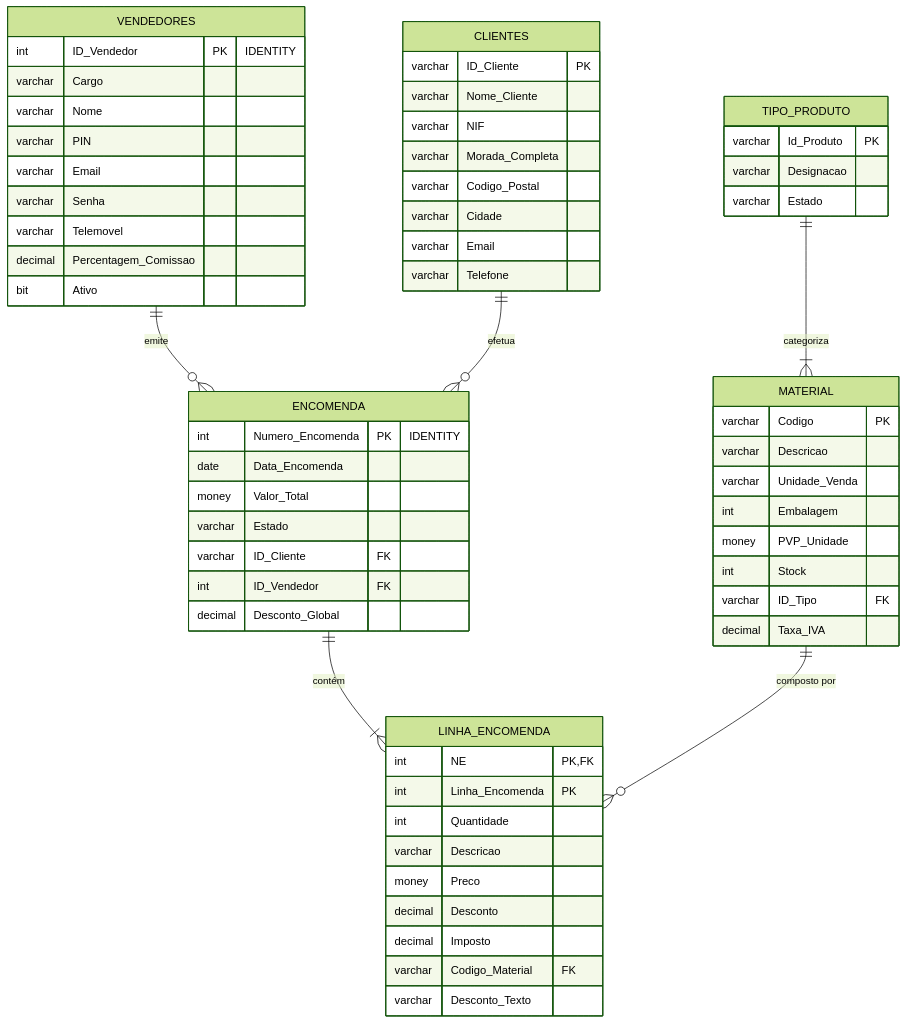
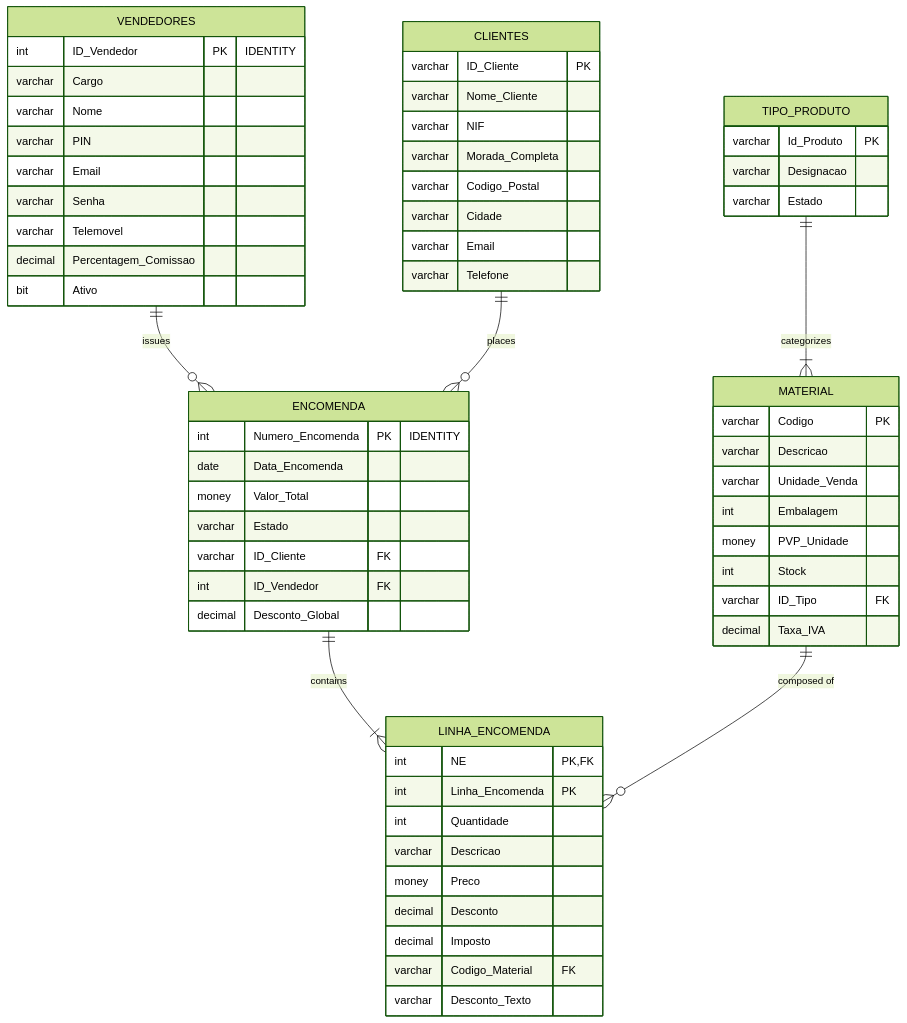
Before and after one commit to Afonsojlc/commercial-sales-manager: the second of 2 diagrams in README.md, drawn with Mermaid (forest theme). The commit also changed other lines of this file, not shown here.

````diff
--- a/README.md
+++ b/README.md
@@ -156,70 +158,70 @@
 ```mermaid
 erDiagram
-    VENDEDORES ||--o{ ENCOMENDA : "emite"
-    CLIENTES ||--o{ ENCOMENDA : "efetua"
-    ENCOMENDA ||--|{ LINHA_ENCOMENDA : "contém"
-    TIPO_PRODUTO ||--|{ MATERIAL : "categoriza"
-    MATERIAL ||--o{ LINHA_ENCOMENDA : "composto por"
+    VENDEDORES ||--o{ ENCOMENDA : "issues"
+    CLIENTES ||--o{ ENCOMENDA : "places"
+    ENCOMENDA ||--|{ LINHA_ENCOMENDA : "contains"
+    TIPO_PRODUTO ||--|{ MATERIAL : "categorizes"
+    MATERIAL ||--o{ LINHA_ENCOMENDA : "composed of"
 
     VENDEDORES {
         int ID_Vendedor PK "IDENTITY"
         varchar Cargo
         varchar Nome
         varchar PIN
         varchar Email
         varchar Senha
         varchar Telemovel
         decimal Percentagem_Comissao
         bit Ativo
     }
 
     CLIENTES {
         varchar ID_Cliente PK
         varchar Nome_Cliente
         varchar NIF
         varchar Morada_Completa
         varchar Codigo_Postal
         varchar Cidade
         varchar Email
         varchar Telefone
     }
 
     TIPO_PRODUTO {
         varchar Id_Produto PK
         varchar Designacao
         varchar Estado
     }
 
     MATERIAL {
         varchar Codigo PK
         varchar Descricao
         varchar Unidade_Venda
         int Embalagem
         money PVP_Unidade
         int Stock
         varchar ID_Tipo FK
         decimal Taxa_IVA
     }
 
     ENCOMENDA {
         int Numero_Encomenda PK "IDENTITY"
         date Data_Encomenda
         money Valor_Total
         varchar Estado
         varchar ID_Cliente FK
         int ID_Vendedor FK
         decimal Desconto_Global
     }
 
     LINHA_ENCOMENDA {
         int NE PK,FK
         int Linha_Encomenda PK
         int Quantidade
         varchar Descricao
         money Preco
         decimal Desconto
         decimal Imposto
         varchar Codigo_Material FK
         varchar Desconto_Texto
     }
 ```
````
